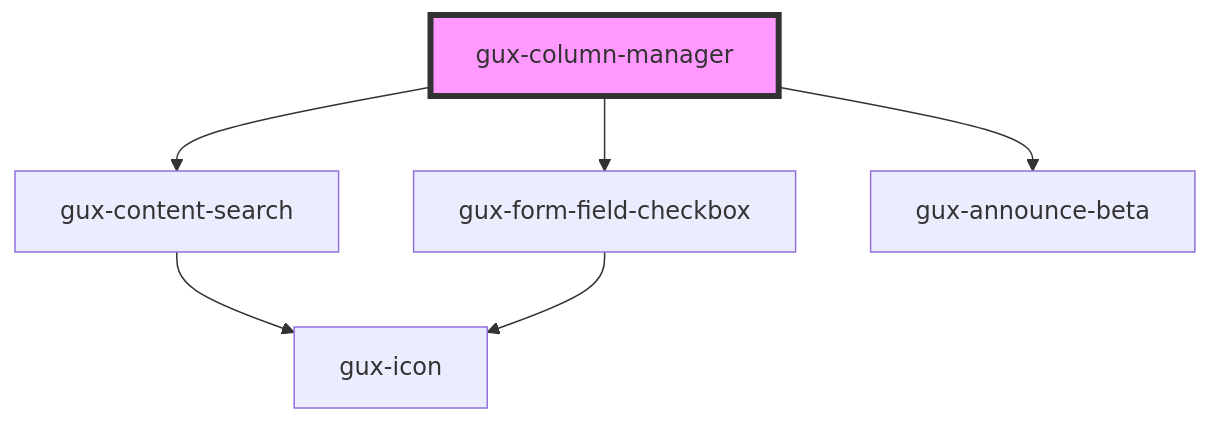
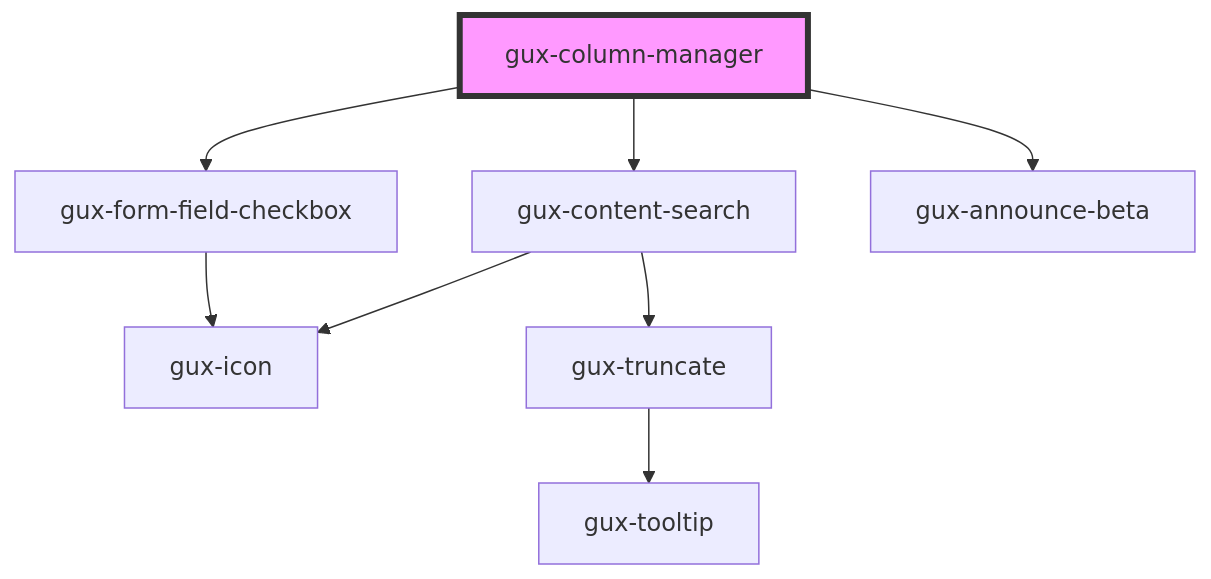
The diagram in packages/genesys-spark-components/src/components/stable/gux-column-manager/readme.md (MyPureCloud/genesys-spark), drawn with Mermaid before and after one commit. The commit also changed 8 other files, not shown here.

First line of the commit message:
fix(gux-content-search): design fixes

````diff
--- a/packages/genesys-spark-components/src/components/stable/gux-column-manager/readme.md
+++ b/packages/genesys-spark-components/src/components/stable/gux-column-manager/readme.md
@@ -39,9 +39,11 @@
 ```mermaid
 graph TD;
   gux-column-manager --> gux-content-search
   gux-column-manager --> gux-form-field-checkbox
   gux-column-manager --> gux-announce-beta
   gux-content-search --> gux-icon
+  gux-content-search --> gux-truncate
+  gux-truncate --> gux-tooltip
   gux-form-field-checkbox --> gux-icon
   style gux-column-manager fill:#f9f,stroke:#333,stroke-width:4px
 ```
````
